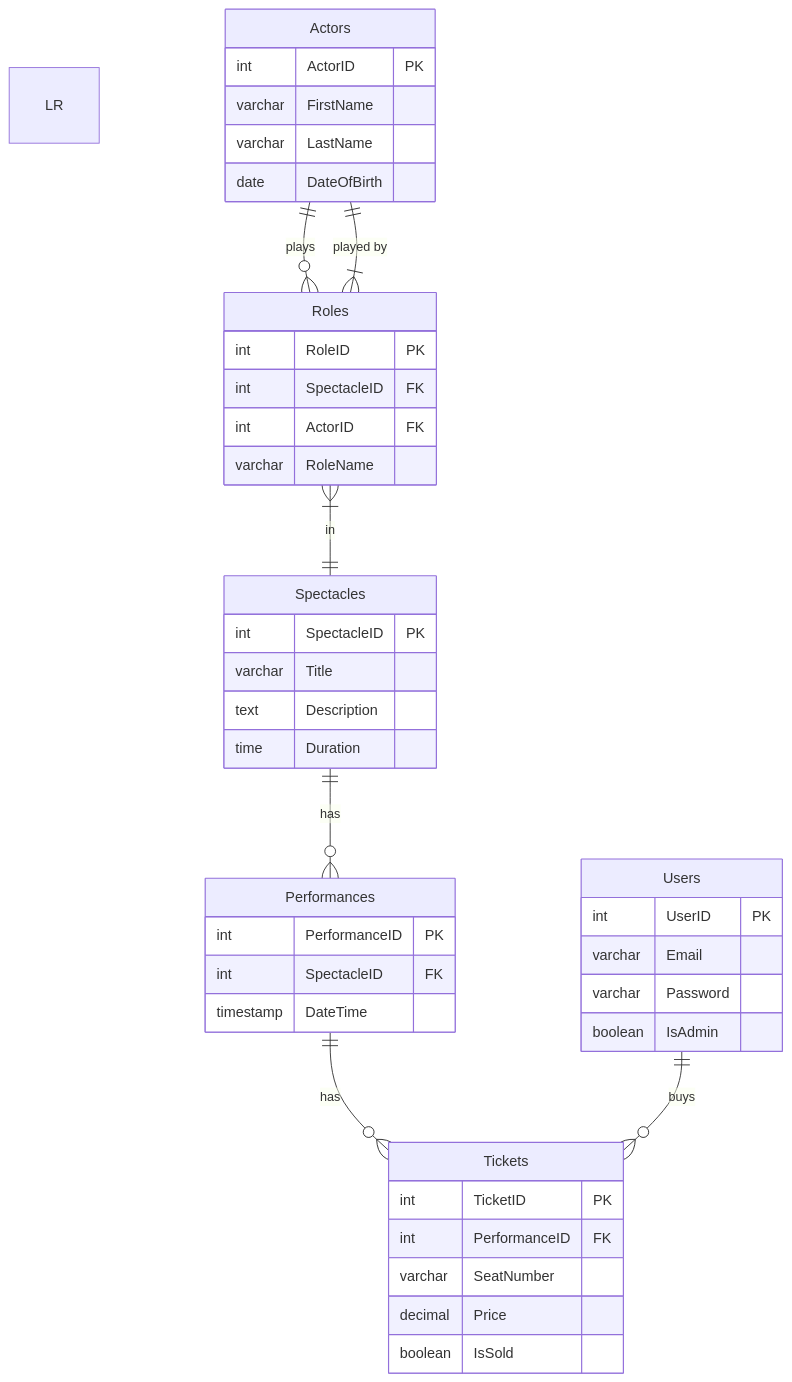
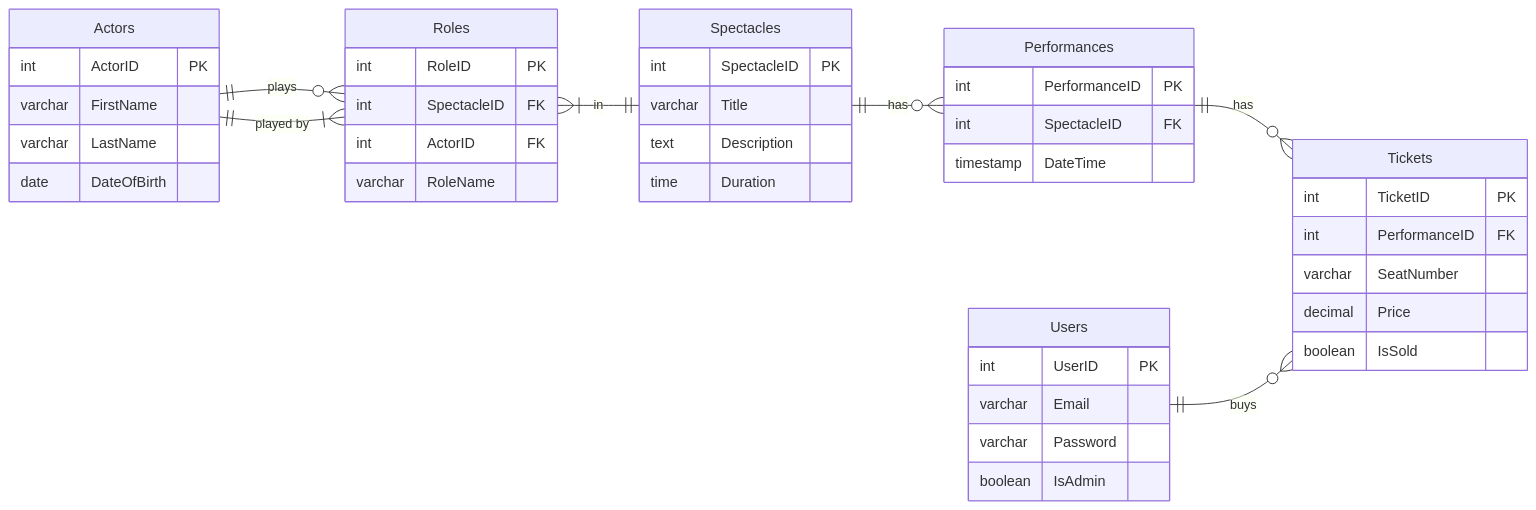
Before and after one commit to ThePigeonKing/Database2023: the diagram in ksv/lab2_1/README.md, drawn with Mermaid.

Commit message:
mermaid fix

````diff
--- a/ksv/lab2_1/README.md
+++ b/ksv/lab2_1/README.md
@@ -50,50 +50,52 @@
 ```mermaid
-erDiagram LR
+erDiagram 
+    direction LR
+
     Spectacles ||--o{ Performances : "has"
     Spectacles {
         int SpectacleID PK
         varchar Title
         text Description
         time Duration
     }
 
     Performances ||--o{ Tickets : "has"
     Performances {
         int PerformanceID PK
         int SpectacleID FK
         timestamp DateTime
     }
 
     Tickets {
         int TicketID PK
         int PerformanceID FK
         varchar SeatNumber
         decimal Price
         boolean IsSold
     }
 
     Actors ||--o{ Roles : "plays"
     Actors {
         int ActorID PK
         varchar FirstName
         varchar LastName
         date DateOfBirth
     }
 
     Roles }|--|| Spectacles : "in"
     Roles }|--|| Actors : "played by"
     Roles {
         int RoleID PK
         int SpectacleID FK
         int ActorID FK
         varchar RoleName
     }
 
     Users ||--o{ Tickets : "buys"
     Users {
         int UserID PK
         varchar Email
         varchar Password
         boolean IsAdmin
     }
 ```
````
